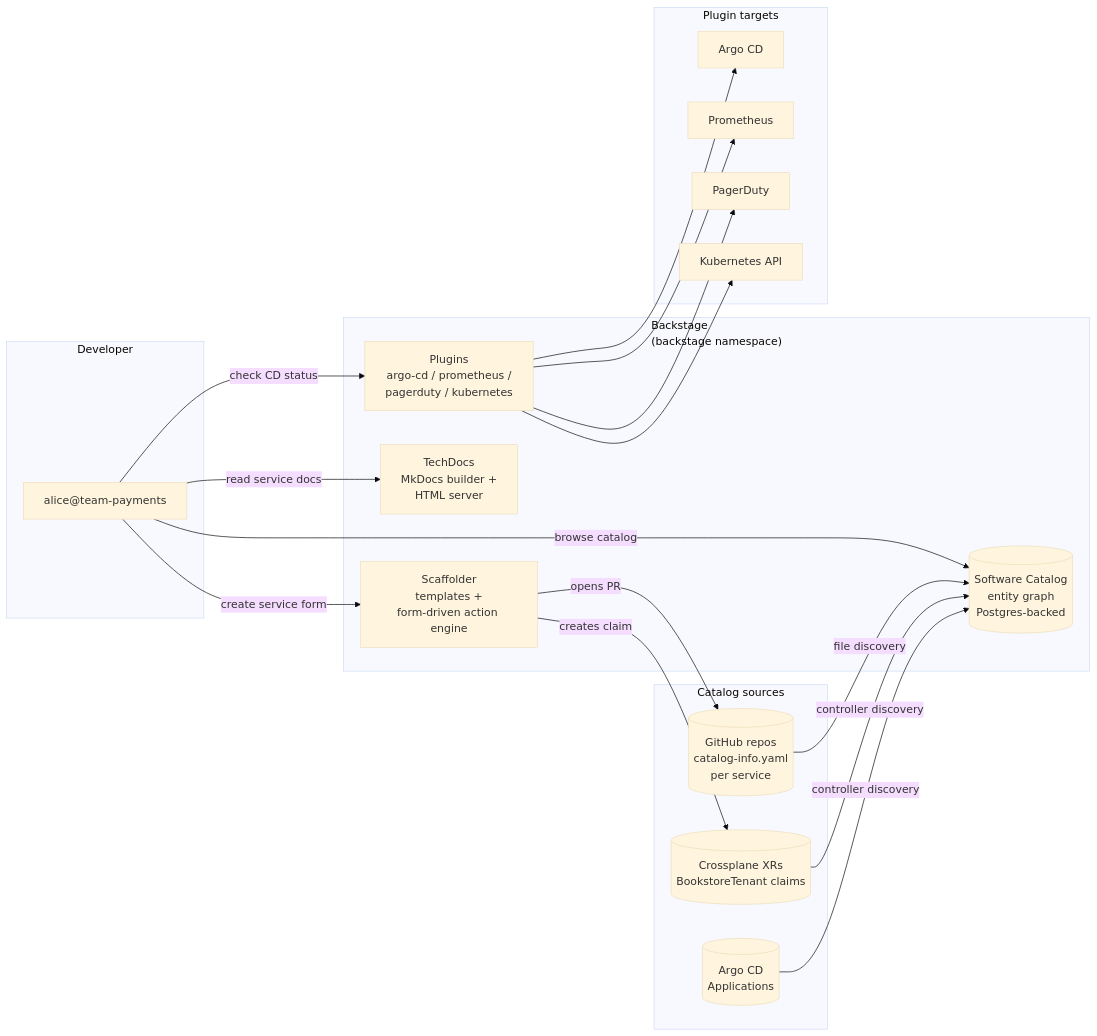
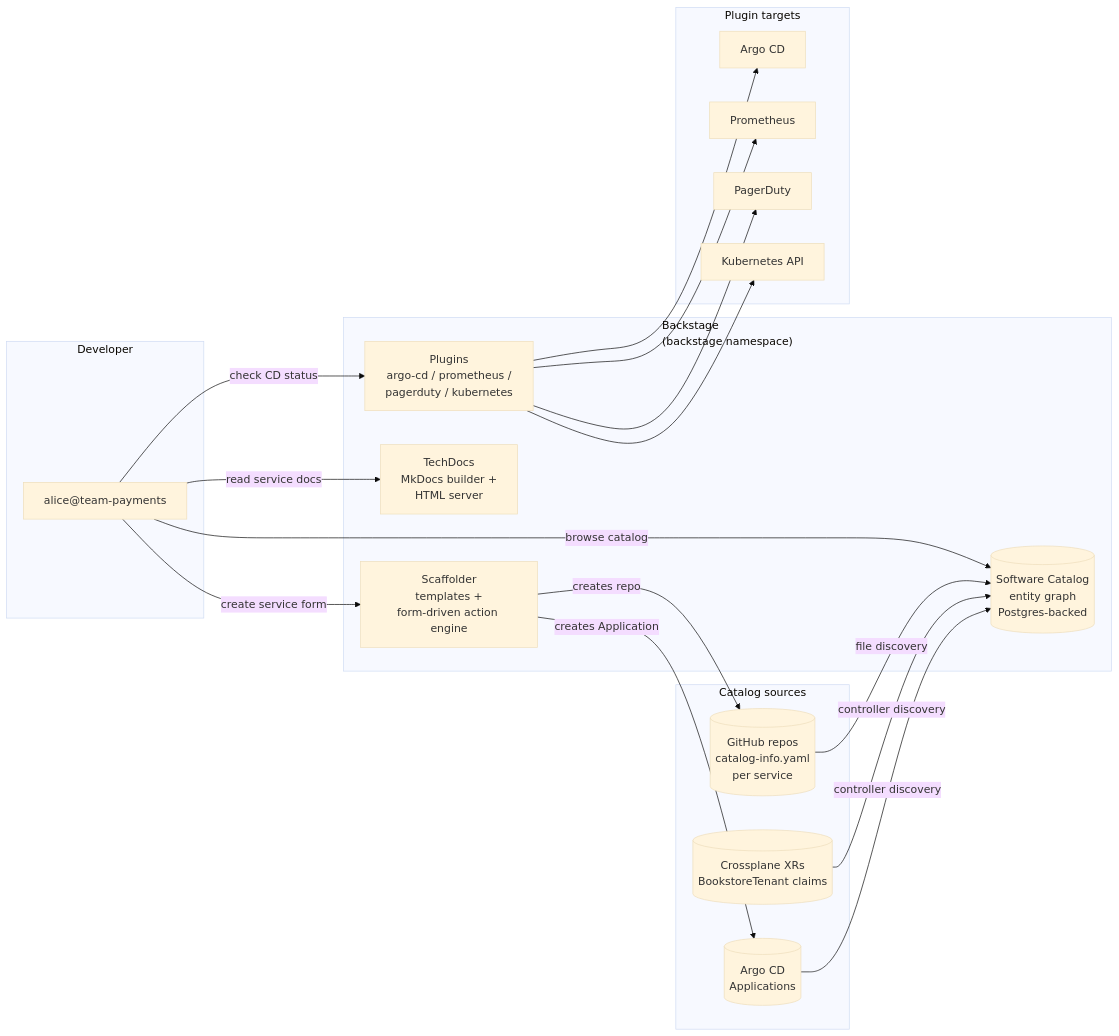
One commit to abd-ulbasit/bookstore-kubernetes-guide changed the first of 2 diagrams in full-guide/13-grand-capstone-bookstore-platform/11-backstage-developer-portal-idp.md. Above: the diagram before and after it, drawn with Mermaid (base theme). The commit also changed other lines of this file and 10 other files, not shown here.

````diff
--- a/full-guide/13-grand-capstone-bookstore-platform/11-backstage-developer-portal-idp.md
+++ b/full-guide/13-grand-capstone-bookstore-platform/11-backstage-developer-portal-idp.md
@@ -120,43 +133,43 @@
 ```mermaid
 flowchart LR
     subgraph dev["Developer"]
       d["alice@team-payments"]
     end
 
     subgraph bs["Backstage<br/>(backstage namespace)"]
       cat[("Software Catalog<br/>entity graph<br/>Postgres-backed")]
       scaf["Scaffolder<br/>templates +<br/>form-driven action engine"]
       td["TechDocs<br/>MkDocs builder +<br/>HTML server"]
       plg["Plugins<br/>argo-cd / prometheus /<br/>pagerduty / kubernetes"]
     end
 
     subgraph sources["Catalog sources"]
       gh[("GitHub repos<br/>catalog-info.yaml<br/>per service")]
       xr[("Crossplane XRs<br/>BookstoreTenant claims")]
       argo[("Argo CD<br/>Applications")]
     end
 
     subgraph targets["Plugin targets"]
       argocd["Argo CD"]
       prom["Prometheus"]
       pd["PagerDuty"]
       k8s["Kubernetes API"]
     end
 
     d -->|"create service form"| scaf
     d -->|"browse catalog"| cat
     d -->|"read service docs"| td
     d -->|"check CD status"| plg
 
     gh -->|"file discovery"| cat
     xr -->|"controller discovery"| cat
     argo -->|"controller discovery"| cat
 
     plg --> argocd
     plg --> prom
     plg --> pd
     plg --> k8s
 
-    scaf -->|"opens PR"| gh
-    scaf -->|"creates claim"| xr
+    scaf -->|"creates repo"| gh
+    scaf -->|"creates Application"| argo
 ```
````
